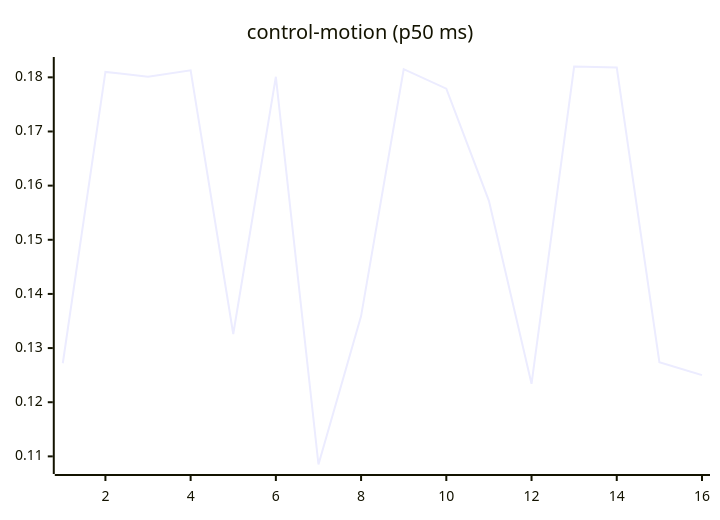
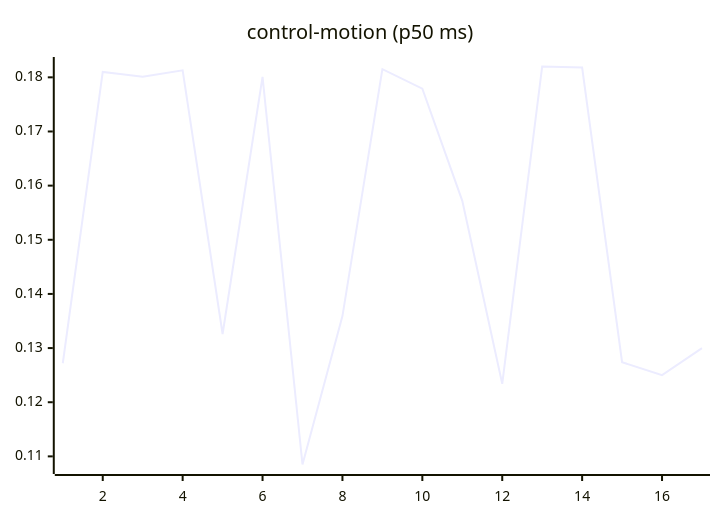
Before and after one commit to josha/Facet: the seventh of 27 diagrams in README.md, drawn with Mermaid. The commit also changed other lines of this file and 2 other files, not shown here.

````diff
--- a/README.md
+++ b/README.md
@@ -105,6 +105,6 @@
 ```mermaid
 xychart-beta
     title "control-motion (p50 ms)"
-    x-axis 1 --> 16
-    line [0.1272, 0.1810, 0.1801, 0.1813, 0.1326, 0.1801, 0.1085, 0.1359, 0.1815, 0.1779, 0.1572, 0.1234, 0.1820, 0.1818, 0.1274, 0.1250]
+    x-axis 1 --> 17
+    line [0.1272, 0.1810, 0.1801, 0.1813, 0.1326, 0.1801, 0.1085, 0.1359, 0.1815, 0.1779, 0.1572, 0.1234, 0.1820, 0.1818, 0.1274, 0.1250, 0.1300]
 ```
````
